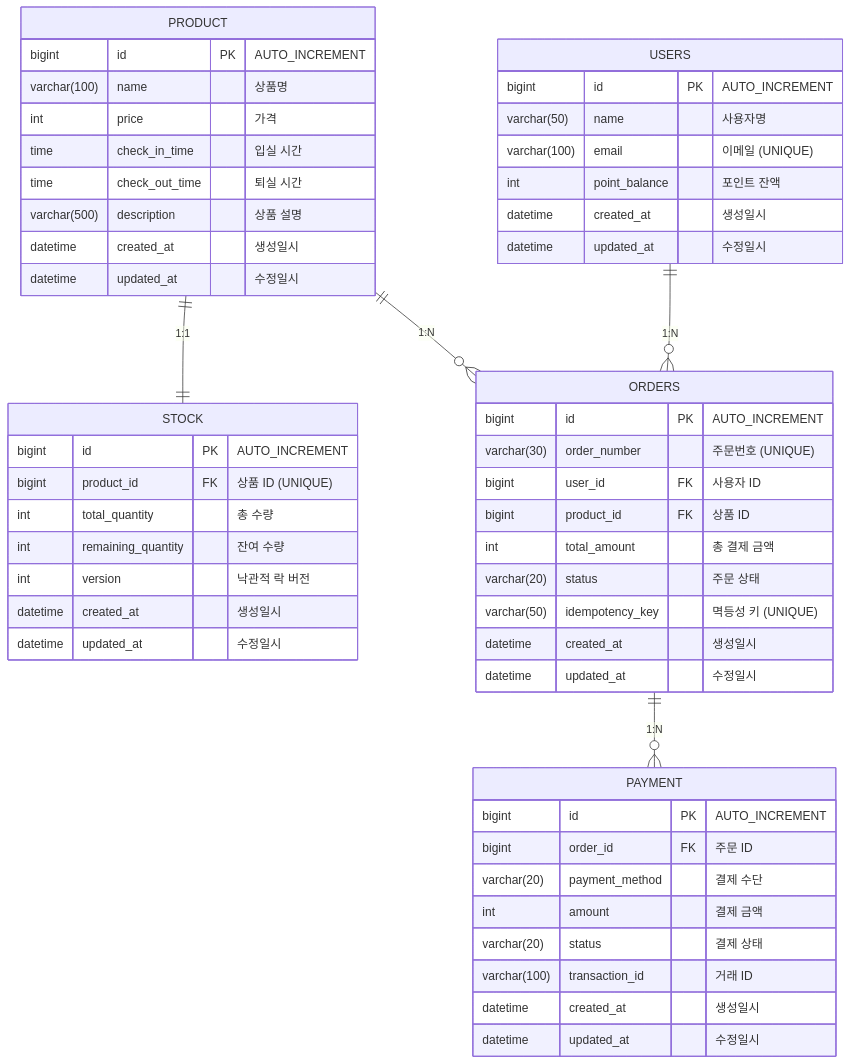
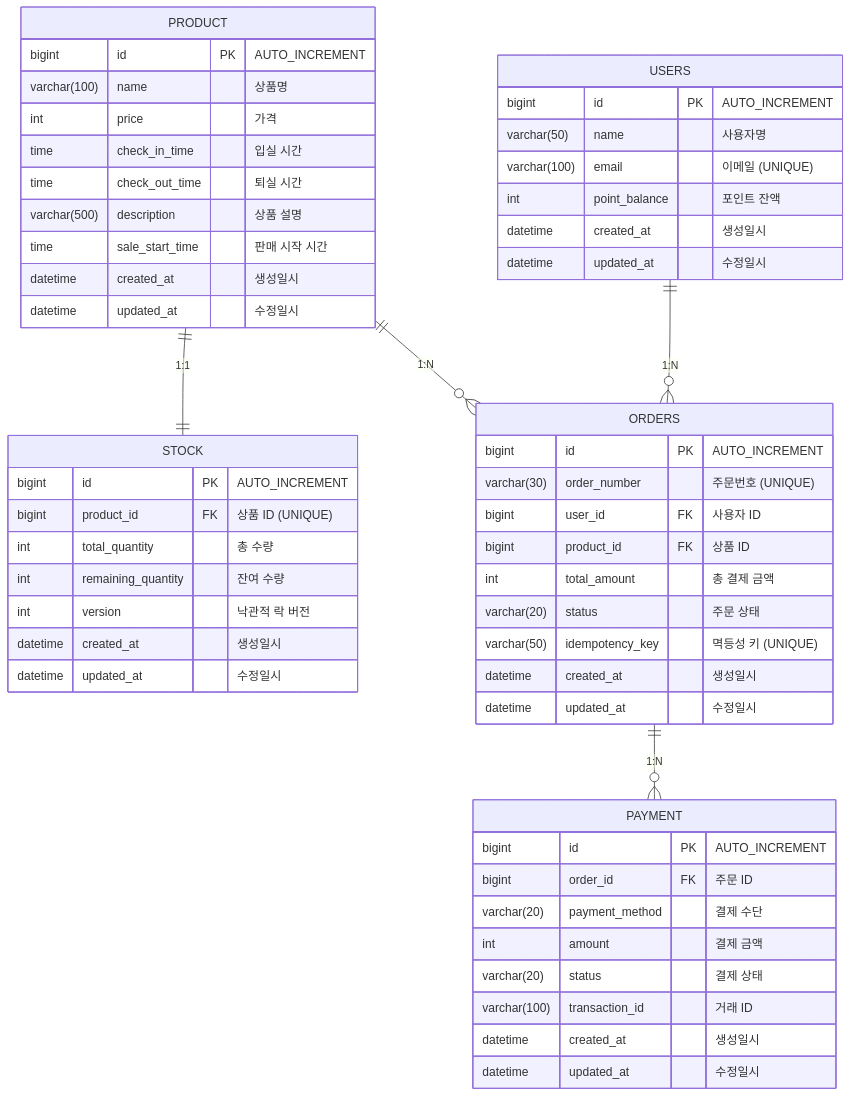
The diagram in docs/erd.md (hyunmin0317/reservation-payment-platform), drawn with Mermaid before and after one commit. The commit also changed other lines of this file and 3 other files, not shown here.

````diff
--- a/docs/erd.md
+++ b/docs/erd.md
@@ -5,60 +5,61 @@
 ```mermaid
 erDiagram
     PRODUCT {
         bigint id PK "AUTO_INCREMENT"
         varchar(100) name "상품명"
         int price "가격"
         time check_in_time "입실 시간"
         time check_out_time "퇴실 시간"
         varchar(500) description "상품 설명"
+        time sale_start_time "판매 시작 시간"
         datetime created_at "생성일시"
         datetime updated_at "수정일시"
     }
 
     STOCK {
         bigint id PK "AUTO_INCREMENT"
         bigint product_id FK "상품 ID (UNIQUE)"
         int total_quantity "총 수량"
         int remaining_quantity "잔여 수량"
         int version "낙관적 락 버전"
         datetime created_at "생성일시"
         datetime updated_at "수정일시"
     }
 
     USERS {
         bigint id PK "AUTO_INCREMENT"
         varchar(50) name "사용자명"
         varchar(100) email "이메일 (UNIQUE)"
         int point_balance "포인트 잔액"
         datetime created_at "생성일시"
         datetime updated_at "수정일시"
     }
 
     ORDERS {
         bigint id PK "AUTO_INCREMENT"
         varchar(30) order_number "주문번호 (UNIQUE)"
         bigint user_id FK "사용자 ID"
         bigint product_id FK "상품 ID"
         int total_amount "총 결제 금액"
         varchar(20) status "주문 상태"
         varchar(50) idempotency_key "멱등성 키 (UNIQUE)"
         datetime created_at "생성일시"
         datetime updated_at "수정일시"
     }
 
     PAYMENT {
         bigint id PK "AUTO_INCREMENT"
         bigint order_id FK "주문 ID"
         varchar(20) payment_method "결제 수단"
         int amount "결제 금액"
         varchar(20) status "결제 상태"
         varchar(100) transaction_id "거래 ID"
         datetime created_at "생성일시"
         datetime updated_at "수정일시"
     }
 
     PRODUCT ||--|| STOCK : "1:1"
     USERS ||--o{ ORDERS : "1:N"
     PRODUCT ||--o{ ORDERS : "1:N"
     ORDERS ||--o{ PAYMENT : "1:N"
 ```
````
